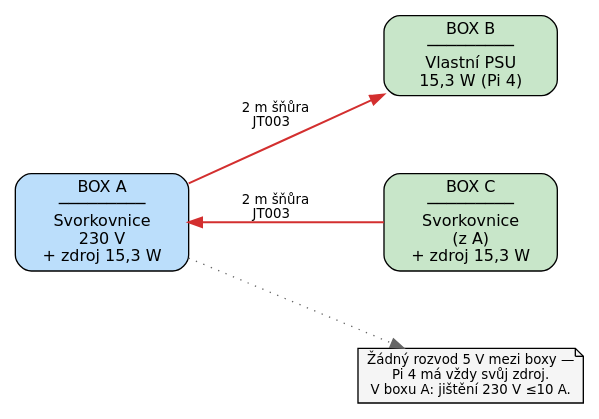
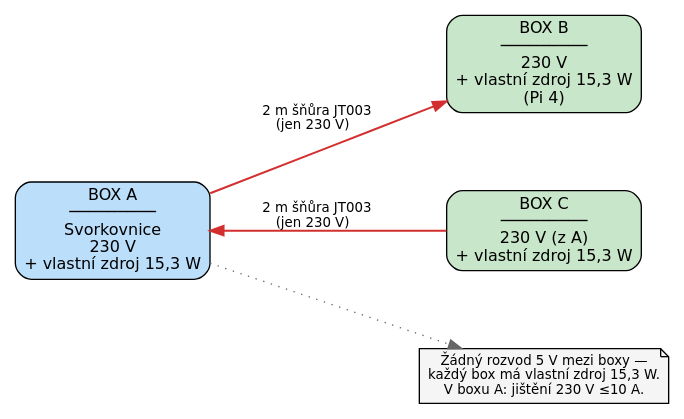
The diagram in docs/dot/sch_09_power_dist.dot (K0F/1938_ABC), drawn with Graphviz before and after one commit. The commit also changed 6 other files, not shown here.

First line of the commit message:
docs: diagrams show each box has own 15.3W PSU

```diff
--- a/docs/dot/sch_09_power_dist.dot
+++ b/docs/dot/sch_09_power_dist.dot
@@ -1,19 +1,19 @@
 // SCH §6 — Napájení — jeden jednotný rozvod
 digraph G {
     graph [fontname="DejaVu Sans" rankdir=LR bgcolor="white" nodesep=0.8 ranksep=1.0];
 node [fontname="DejaVu Sans" fontsize=12 style="filled"];
 edge [fontname="DejaVu Sans" fontsize=10];
 
 // Boxes
-boxA [label="BOX A\n─────────\nSvorkovnice\n230 V\n+ zdroj 15,3 W" shape=box style="filled,rounded" fillcolor="#bbdefb" width=1.8];
-boxB [label="BOX B\n─────────\nVlastní PSU\n15,3 W (Pi 4)" shape=box style="filled,rounded" fillcolor="#c8e6c9" width=1.8];
-boxC [label="BOX C\n─────────\nSvorkovnice\n(z A)\n+ zdroj 15,3 W" shape=box style="filled,rounded" fillcolor="#c8e6c9" width=1.8];
+boxA [label="BOX A\n─────────\nSvorkovnice\n230 V\n+ vlastní zdroj 15,3 W" shape=box style="filled,rounded" fillcolor="#bbdefb" width=1.8];
+boxB [label="BOX B\n─────────\n230 V\n+ vlastní zdroj 15,3 W\n(Pi 4)" shape=box style="filled,rounded" fillcolor="#c8e6c9" width=1.8];
+boxC [label="BOX C\n─────────\n230 V (z A)\n+ vlastní zdroj 15,3 W" shape=box style="filled,rounded" fillcolor="#c8e6c9" width=1.8];
 
-// Cables
-boxA -> boxB [label="  2 m šňůra\n  JT003  " color="#d32f2f" penwidth=1.5];
-boxA -> boxC [label="  2 m šňůra\n  JT003  " color="#d32f2f" penwidth=1.5 dir=back];
+// Cables — jen 230 V, 5 V se nerozvádí
+boxA -> boxB [label="  2 m šňůra JT003\n  (jen 230 V)  " color="#d32f2f" penwidth=1.5];
+boxA -> boxC [label="  2 m šňůra JT003\n  (jen 230 V)  " color="#d32f2f" penwidth=1.5 dir=back];
 
 // Notes
-note [label="Žádný rozvod 5 V mezi boxy —\nPi 4 má vždy svůj zdroj.\nV boxu A: jištění 230 V ≤10 A." shape=note fillcolor="#f5f5f5" fontsize=10];
+note [label="Žádný rozvod 5 V mezi boxy —\nkaždý box má vlastní zdroj 15,3 W.\nV boxu A: jištění 230 V ≤10 A." shape=note fillcolor="#f5f5f5" fontsize=10];
 boxA -> note [style=dotted color="#666666"];
 }
```
